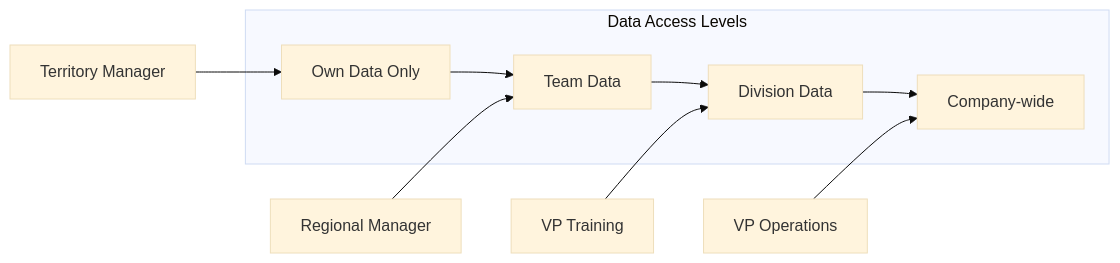
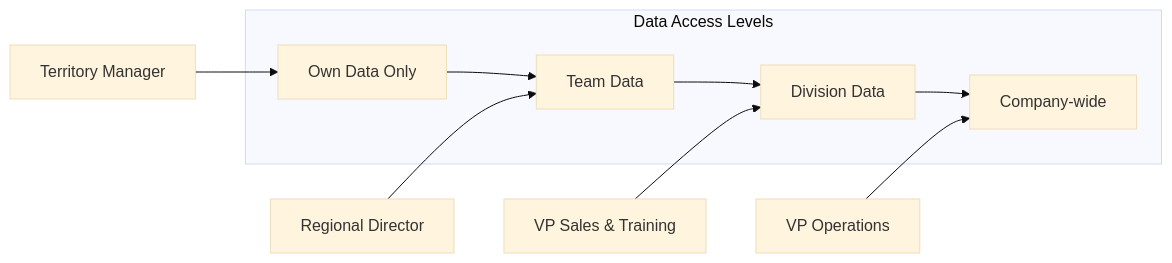
Before and after one commit to ahmadhassan91/dynamic-aqs: the second of 4 diagrams in docs/USER_PERSONAS.md, drawn with Mermaid (base theme). The commit also changed other lines of this file and 2 other files, not shown here.

Commit message:
docs: Update documentation - add meeting notes, update Regional Director title, add consignment workflow

````diff
--- a/docs/USER_PERSONAS.md
+++ b/docs/USER_PERSONAS.md
@@ -276,13 +186,13 @@
 ```mermaid
 graph LR
     subgraph "Data Access Levels"
         A[Own Data Only] --> B[Team Data]
         B --> C[Division Data]
         C --> D[Company-wide]
     end
     
     TM2[Territory Manager] --> A
-    RM2[Regional Manager] --> B
-    VP2[VP Training] --> C
+    RM2[Regional Director] --> B
+    VP2[VP Sales & Training] --> C
     DAN[VP Operations] --> D
 ```
````
